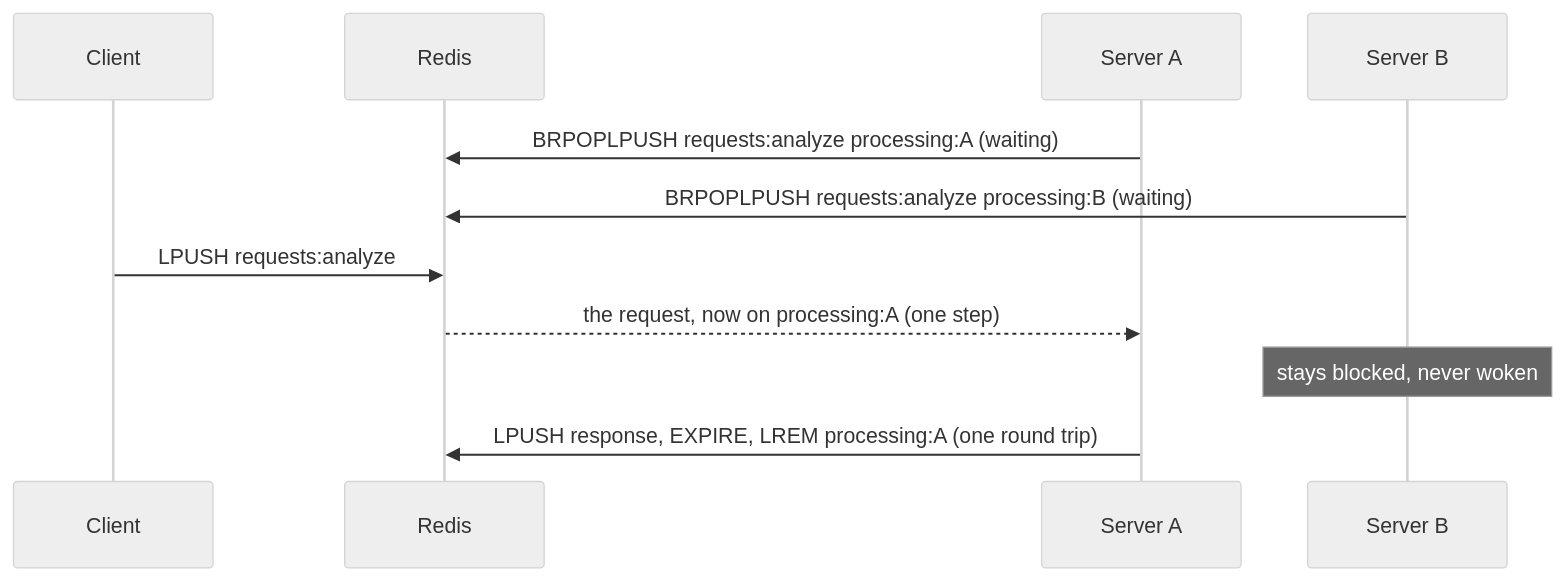
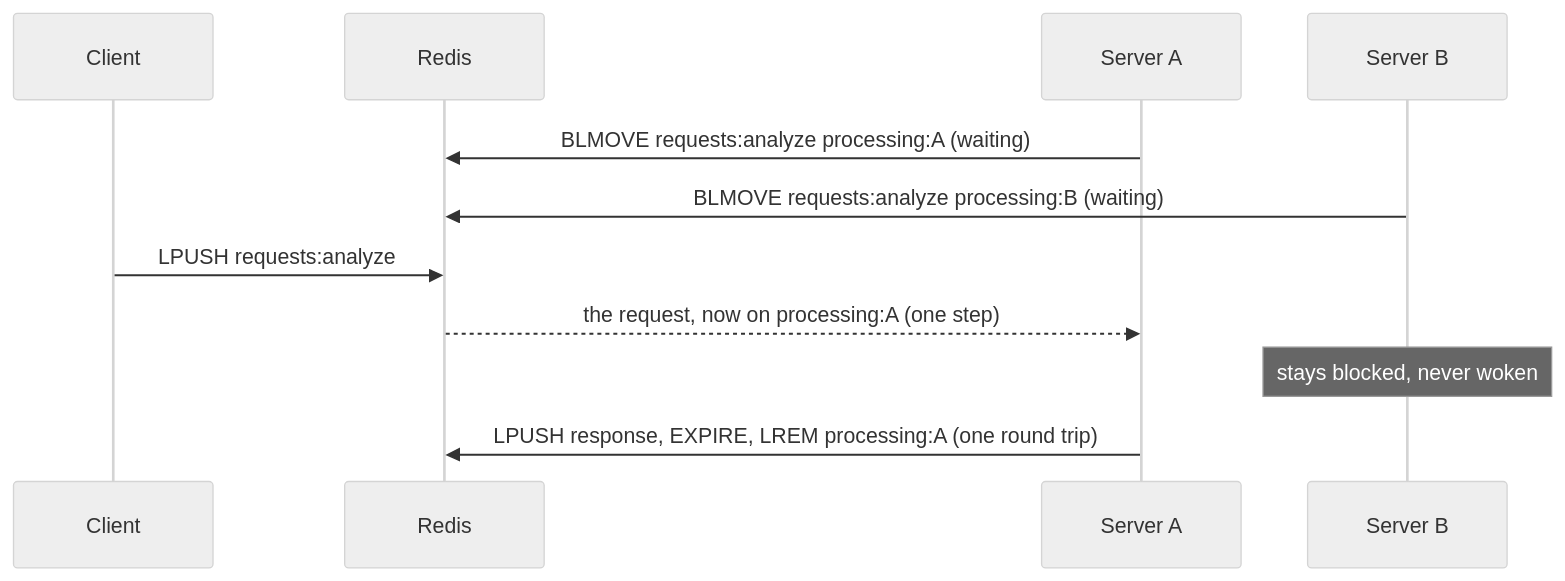
One commit to KaiqueBahmad/anycall changed the diagram in docs/taking-requests.md. Above: the diagram before and after it, drawn with Mermaid (neutral theme). The commit also changed other lines of this file and 11 other files, not shown here.

````diff
--- a/docs/taking-requests.md
+++ b/docs/taking-requests.md
@@ -32,13 +34,13 @@
 ```mermaid
 sequenceDiagram
     participant C as Client
     participant R as Redis
     participant A as Server A
     participant B as Server B
-    A->>R: BRPOPLPUSH requests:analyze processing:A (waiting)
-    B->>R: BRPOPLPUSH requests:analyze processing:B (waiting)
+    A->>R: BLMOVE requests:analyze processing:A (waiting)
+    B->>R: BLMOVE requests:analyze processing:B (waiting)
     C->>R: LPUSH requests:analyze
     R-->>A: the request, now on processing:A (one step)
     Note over B: stays blocked, never woken
     A->>R: LPUSH response, EXPIRE, LREM processing:A (one round trip)
 ```
````
